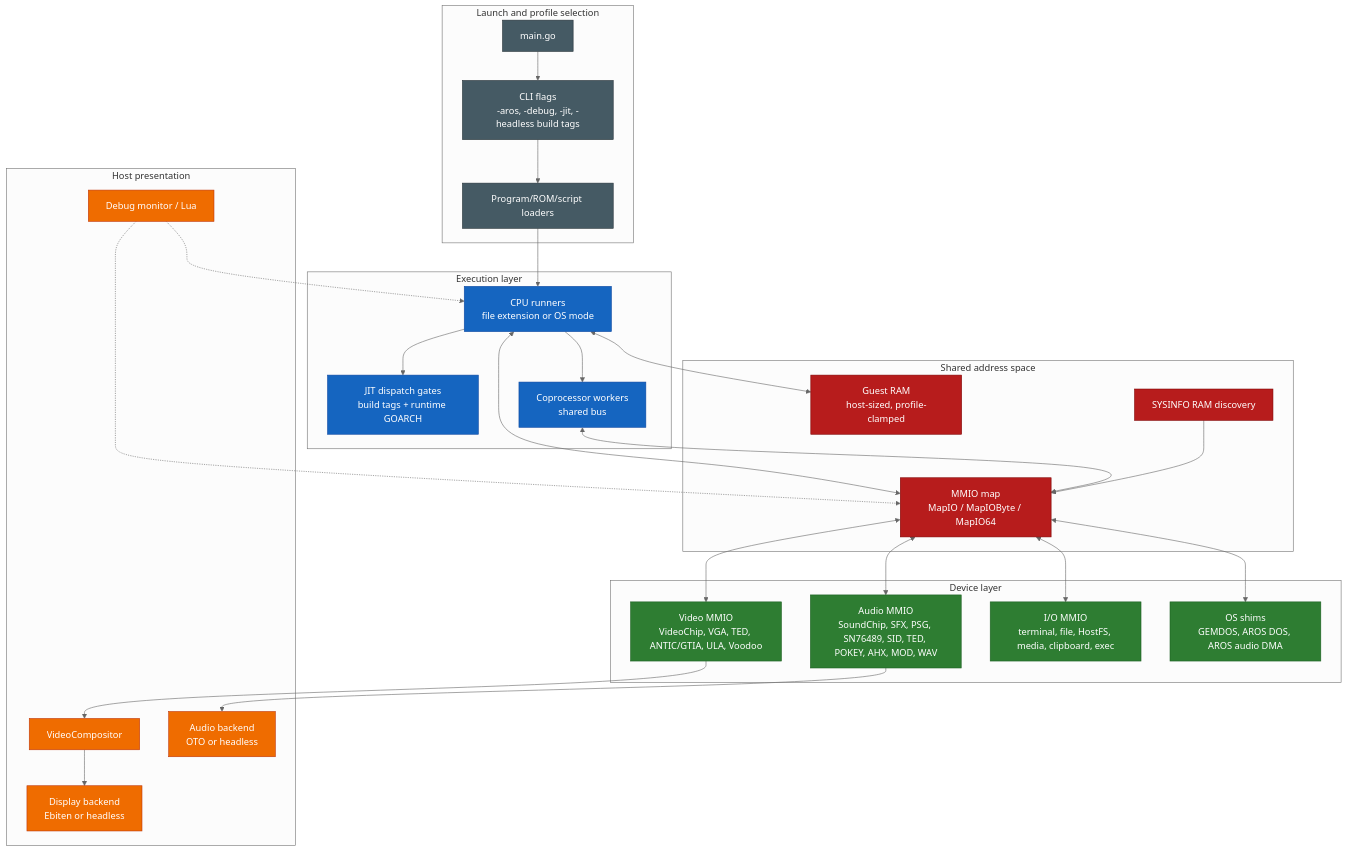
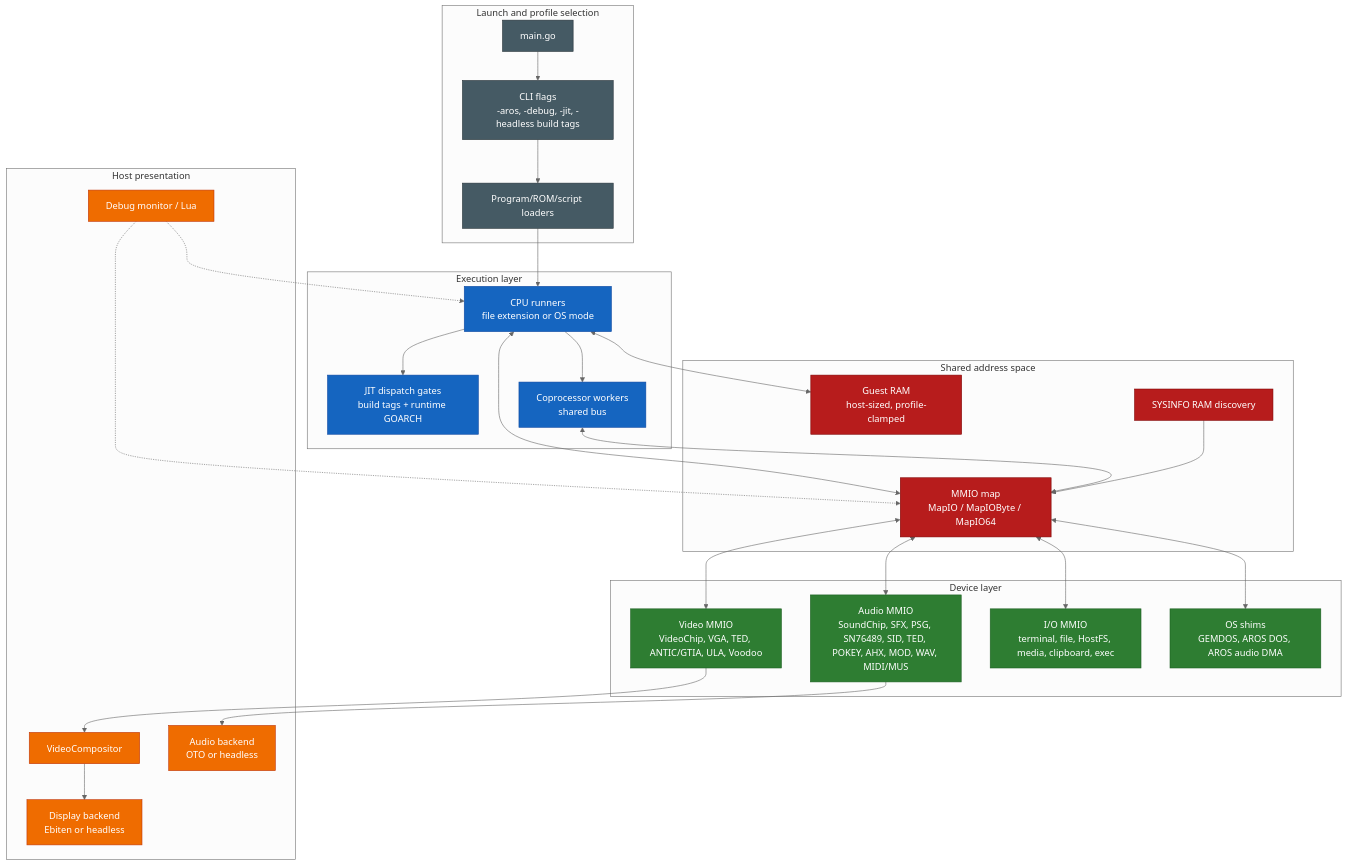
Before and after one commit to IntuitionAmiga/IntuitionEngine: the third of 12 diagrams in sdk/docs/architecture.md, drawn with Mermaid (neutral theme). The commit also changed other lines of this file and 32 other files, not shown here.

Commit message:
Add MIDI and MUS playback support

````diff
--- a/sdk/docs/architecture.md
+++ b/sdk/docs/architecture.md
@@ -339,62 +342,62 @@
 ```mermaid
 flowchart TB
     subgraph L0["Launch and profile selection"]
         MAIN["main.go"]
         FLAGS["CLI flags<br/>-aros, -debug, -jit, -headless build tags"]
         LOADERS["Program/ROM/script loaders"]
     end
 
     subgraph L1["Execution layer"]
         RUNNERS["CPU runners<br/>file extension or OS mode"]
         JITS["JIT dispatch gates<br/>build tags + runtime GOARCH"]
         WORKERS["Coprocessor workers<br/>shared bus"]
     end
 
     subgraph L2["Shared address space"]
         RAM["Guest RAM<br/>host-sized, profile-clamped"]
         MMIO["MMIO map<br/>MapIO / MapIOByte / MapIO64"]
         SYS["SYSINFO RAM discovery"]
     end
 
     subgraph L3["Device layer"]
         VIDEO2["Video MMIO<br/>VideoChip, VGA, TED, ANTIC/GTIA, ULA, Voodoo"]
-        AUDIO2["Audio MMIO<br/>SoundChip, SFX, PSG, SN76489, SID, TED, POKEY, AHX, MOD, WAV"]
+        AUDIO2["Audio MMIO<br/>SoundChip, SFX, PSG, SN76489, SID, TED, POKEY, AHX, MOD, WAV, MIDI/MUS"]
         IO2["I/O MMIO<br/>terminal, file, HostFS, media, clipboard, exec"]
         OS2["OS shims<br/>GEMDOS, AROS DOS, AROS audio DMA"]
     end
 
     subgraph L4["Host presentation"]
         COMPOSITOR["VideoCompositor"]
         DISPLAY["Display backend<br/>Ebiten or headless"]
         MIXER["Audio backend<br/>OTO or headless"]
         MONITOR["Debug monitor / Lua"]
     end
 
     MAIN --> FLAGS --> LOADERS --> RUNNERS
     RUNNERS --> JITS
     RUNNERS --> WORKERS
     RUNNERS <--> RAM
     RUNNERS <--> MMIO
     WORKERS <--> MMIO
     SYS --> MMIO
     MMIO <--> VIDEO2
     MMIO <--> AUDIO2
     MMIO <--> IO2
     MMIO <--> OS2
     VIDEO2 --> COMPOSITOR --> DISPLAY
     AUDIO2 --> MIXER
     MONITOR -.-> RUNNERS
     MONITOR -.-> MMIO
 
     classDef host fill:#455A64,stroke:#263238,color:#fff
     classDef runtime fill:#1565C0,stroke:#0D47A1,color:#fff
     classDef bus fill:#B71C1C,stroke:#7F0000,color:#fff
     classDef chip fill:#2E7D32,stroke:#1B5E20,color:#fff
     classDef out fill:#EF6C00,stroke:#BF360C,color:#fff
 
     class MAIN,FLAGS,LOADERS host
     class RUNNERS,JITS,WORKERS runtime
     class RAM,MMIO,SYS bus
     class VIDEO2,AUDIO2,IO2,OS2 chip
     class COMPOSITOR,DISPLAY,MIXER,MONITOR out
 ```
````
